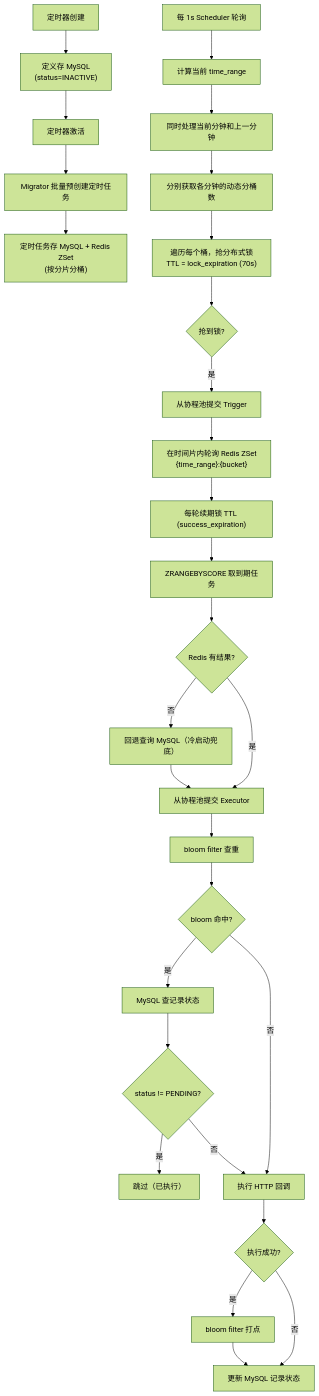
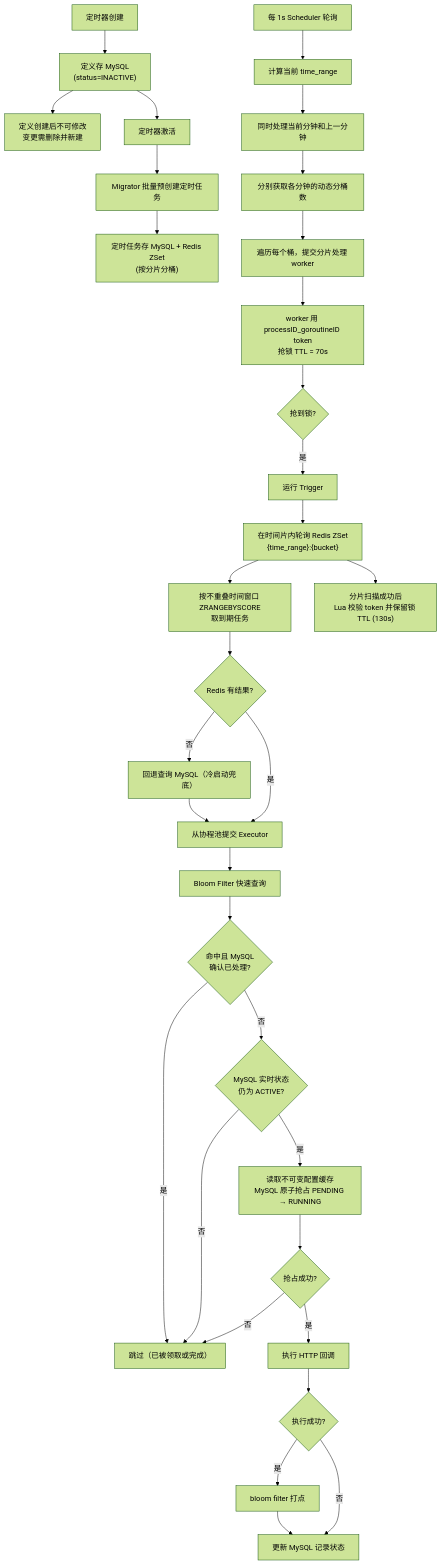
One commit to Pavio6/ChronoFlow changed the second of 2 diagrams in README.md. Above: the diagram before and after it, drawn with Mermaid (forest theme). The commit also changed other lines of this file and 30 other files, not shown here.

````diff
--- a/README.md
+++ b/README.md
@@ -68,34 +68,38 @@
 ```mermaid
 graph TD
     A["定时器创建"] --> B["定义存 MySQL<br/>(status=INACTIVE)"]
+    B --> B2["定义创建后不可修改<br/>变更需删除并新建"]
     B --> C["定时器激活"]
     C --> D["Migrator 批量预创建定时任务"]
     D --> E["定时任务存 MySQL + Redis ZSet<br/>(按分片分桶)"]
     
     F["每 1s Scheduler 轮询"] --> G["计算当前 time_range"]
     G --> G2["同时处理当前分钟和上一分钟"]
     G2 --> G3["分别获取各分钟的动态分桶数"]
-    G3 --> H["遍历每个桶，抢分布式锁<br/>TTL = lock_expiration (70s)"]
-    H --> I{"抢到锁?"}
-    I -->|是| J["从协程池提交 Trigger"]
+    G3 --> H["遍历每个桶，提交分片处理 worker"]
+    H --> I["worker 用 processID_goroutineID token<br/>抢锁 TTL = 70s"]
+    I --> I2{"抢到锁?"}
+    I2 -->|是| J["运行 Trigger"]
     
     J --> K["在时间片内轮询 Redis ZSet<br/>{time_range}:{bucket}"]
-    K --> K2["每轮续期锁 TTL (success_expiration)"]
-    K2 --> L["ZRANGEBYSCORE 取到期任务"]
+    K --> L["按不重叠时间窗口 ZRANGEBYSCORE<br/>取到期任务"]
     L --> L2{"Redis 有结果?"}
     L2 -->|否| L3["回退查询 MySQL（冷启动兜底）"]
     L3 --> M
     L2 -->|是| M["从协程池提交 Executor"]
     
-    M --> O["bloom filter 查重"]
-    O --> P{"bloom 命中?"}
-    P -->|是| Q["MySQL 查记录状态"]
-    Q --> R{"status != PENDING?"}
-    R -->|是| S["跳过（已执行）"]
-    P -->|否| T["执行 HTTP 回调"]
-    R -->|否| T
+    M --> N["Bloom Filter 快速查询"]
+    N --> N2{"命中且 MySQL<br/>确认已处理?"}
+    N2 -->|是| S
+    N2 -->|否| N3{"MySQL 实时状态<br/>仍为 ACTIVE?"}
+    N3 -->|否| S
+    N3 -->|是| O["读取不可变配置缓存<br/>MySQL 原子抢占 PENDING → RUNNING"]
+    O --> P{"抢占成功?"}
+    P -->|否| S["跳过（已被领取或完成）"]
+    P -->|是| T["执行 HTTP 回调"]
     T --> U{"执行成功?"}
     U -->|是| W["bloom filter 打点"]
     W --> V["更新 MySQL 记录状态"]
     U -->|否| V
+    K --> K2["分片扫描成功后<br/>Lua 校验 token 并保留锁 TTL (130s)"]
 ```
````
